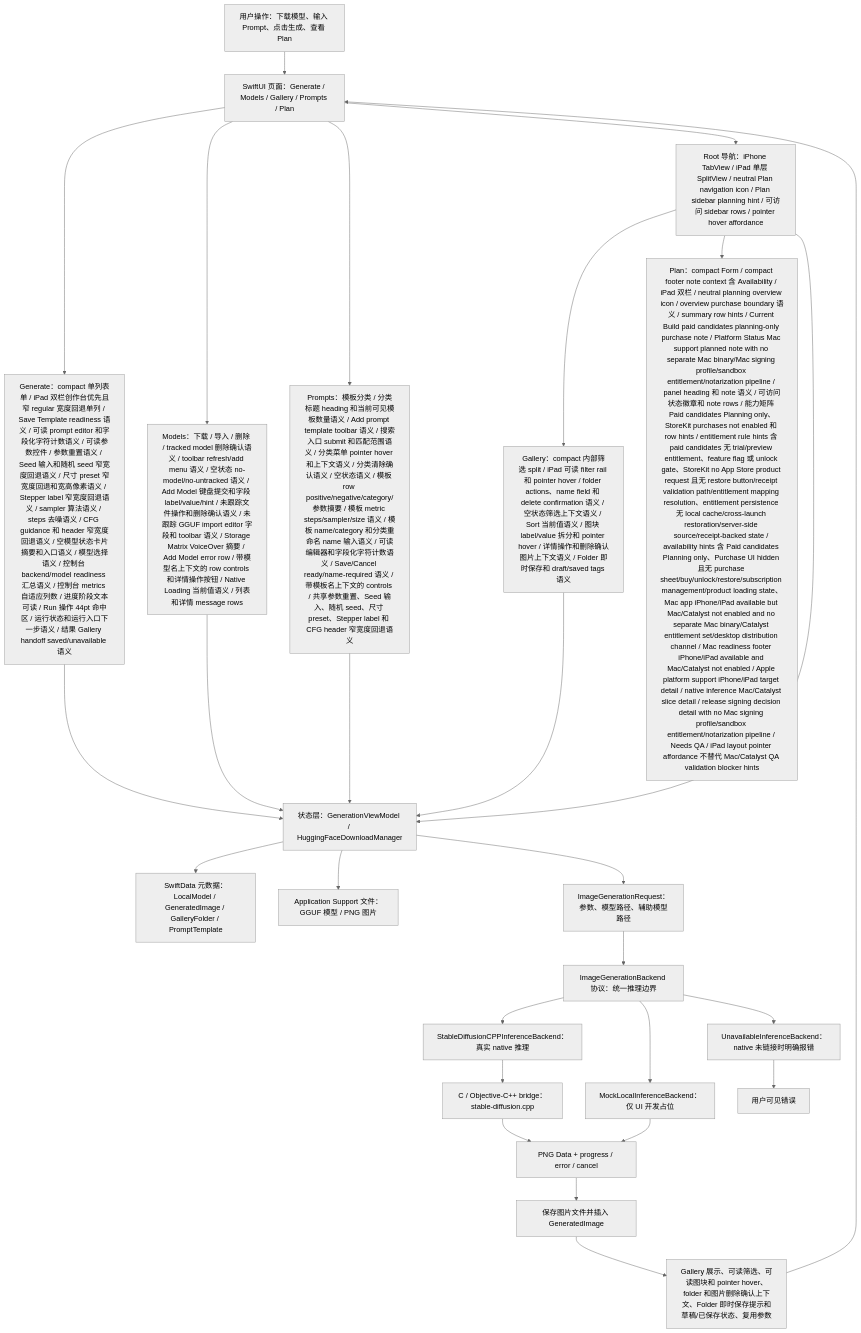
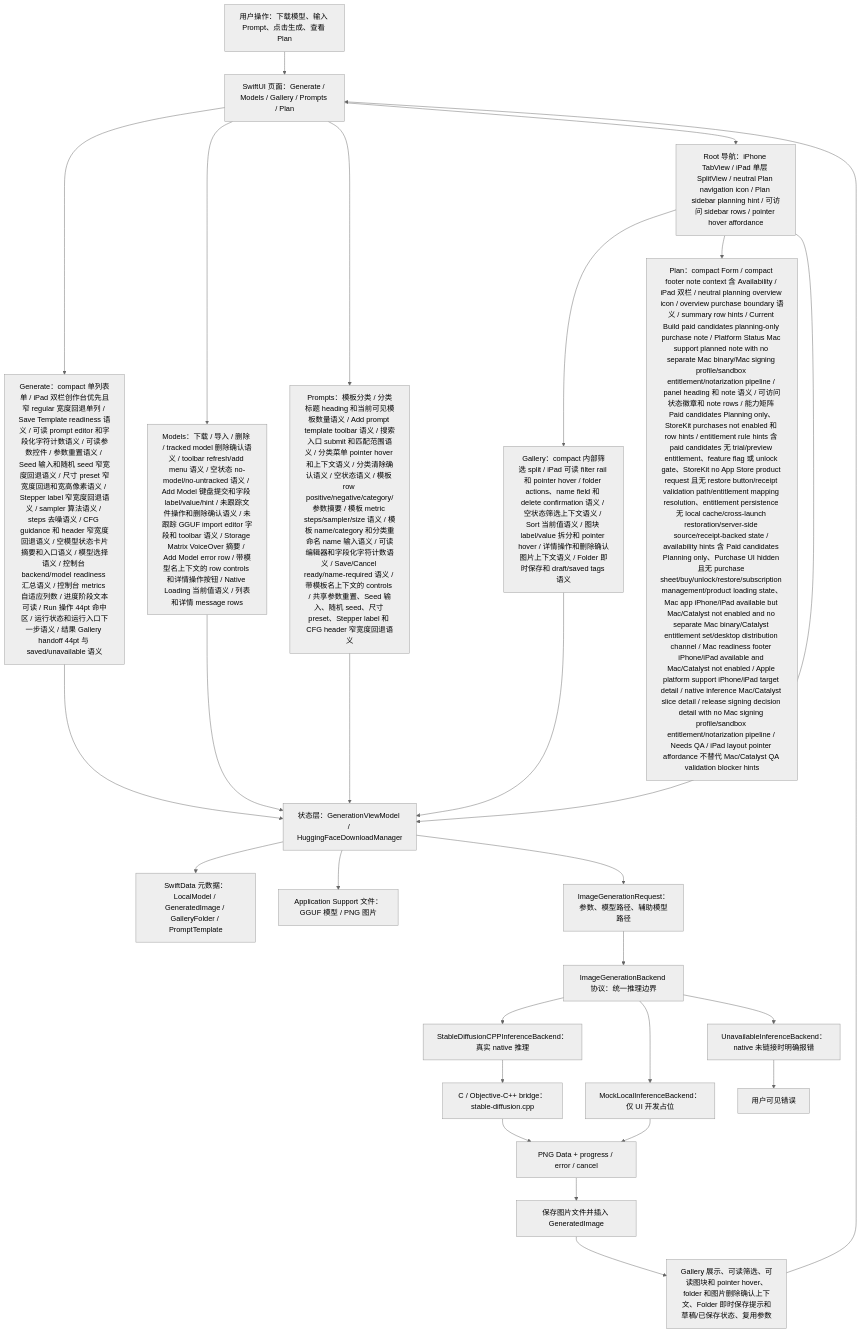
Before and after one commit to Altman-sam114/118: the first of 7 diagrams in md/flow/flowchart.md, drawn with Mermaid (neutral theme). The commit also changed 5 other files, not shown here.

````diff
--- a/md/flow/flowchart.md
+++ b/md/flow/flowchart.md
@@ -9,29 +9,29 @@
 ```mermaid
 flowchart TD
   U["用户操作：下载模型、输入 Prompt、点击生成、查看 Plan"] --> UI["SwiftUI 页面：Generate / Models / Gallery / Prompts / Plan"]
-  UI --> GENUI["Generate：compact 单列表单 / iPad 双栏创作台优先且窄 regular 宽度回退单列 / Save Template readiness 语义 / 可读 prompt editor 和字段化字符计数语义 / 可读参数控件 / 参数重置语义 / Seed 输入和随机 seed 窄宽度回退语义 / 尺寸 preset 窄宽度回退和宽高像素语义 / Stepper label 窄宽度回退语义 / sampler 算法语义 / steps 去噪语义 / CFG guidance 和 header 窄宽度回退语义 / 空模型状态卡片摘要和入口语义 / 模型选择语义 / 控制台 backend/model readiness 汇总语义 / 控制台 metrics 自适应列数 / 进度阶段文本可读 / Run 操作 44pt 命中区 / 运行状态和运行入口下一步语义 / 结果 Gallery handoff saved/unavailable 语义"]
+  UI --> GENUI["Generate：compact 单列表单 / iPad 双栏创作台优先且窄 regular 宽度回退单列 / Save Template readiness 语义 / 可读 prompt editor 和字段化字符计数语义 / 可读参数控件 / 参数重置语义 / Seed 输入和随机 seed 窄宽度回退语义 / 尺寸 preset 窄宽度回退和宽高像素语义 / Stepper label 窄宽度回退语义 / sampler 算法语义 / steps 去噪语义 / CFG guidance 和 header 窄宽度回退语义 / 空模型状态卡片摘要和入口语义 / 模型选择语义 / 控制台 backend/model readiness 汇总语义 / 控制台 metrics 自适应列数 / 进度阶段文本可读 / Run 操作 44pt 命中区 / 运行状态和运行入口下一步语义 / 结果 Gallery handoff 44pt 与 saved/unavailable 语义"]
   UI --> MODELUI["Models：下载 / 导入 / 删除 / tracked model 删除确认语义 / toolbar refresh/add menu 语义 / 空状态 no-model/no-untracked 语义 / Add Model 键盘提交和字段 label/value/hint / 未跟踪文件操作和删除确认语义 / 未跟踪 GGUF import editor 字段和 toolbar 语义 / Storage Matrix VoiceOver 摘要 / Add Model error row / 带模型名上下文的 row controls 和详情操作按钮 / Native Loading 当前值语义 / 列表和详情 message rows"]
   UI --> PROMPTUI["Prompts：模板分类 / 分类标题 heading 和当前可见模板数量语义 / Add prompt template toolbar 语义 / 搜索入口 submit 和匹配范围语义 / 分类菜单 pointer hover 和上下文语义 / 分类清除确认语义 / 空状态语义 / 模板 row positive/negative/category/参数摘要 / 模板 metric steps/sampler/size 语义 / 模板 name/category 和分类重命名 name 输入语义 / 可读编辑器和字段化字符计数语义 / Save/Cancel ready/name-required 语义 / 带模板名上下文的 controls / 共享参数重置、Seed 输入、随机 seed、尺寸 preset、Stepper label 和 CFG header 窄宽度回退语义"]
   UI --> NAV["Root 导航：iPhone TabView / iPad 单层 SplitView / neutral Plan navigation icon / Plan sidebar planning hint / 可访问 sidebar rows / pointer hover affordance"]
   NAV --> GALUI["Gallery：compact 内部筛选 split / iPad 可读 filter rail 和 pointer hover / folder actions、name field 和 delete confirmation 语义 / 空状态筛选上下文语义 / Sort 当前值语义 / 图块 label/value 拆分和 pointer hover / 详情操作和删除确认图片上下文语义 / Folder 即时保存和 draft/saved tags 语义"]
   NAV --> PLANUI["Plan：compact Form / compact footer note context 含 Availability / iPad 双栏 / neutral planning overview icon / overview purchase boundary 语义 / summary row hints / Current Build paid candidates planning-only purchase note / Platform Status Mac support planned note with no separate Mac binary/Mac signing profile/sandbox entitlement/notarization pipeline / panel heading 和 note 语义 / 可访问状态徽章和 note rows / 能力矩阵 Paid candidates Planning only、StoreKit purchases not enabled 和 row hints / entitlement rule hints 含 paid candidates 无 trial/preview entitlement、feature flag 或 unlock gate、StoreKit no App Store product request 且无 restore button/receipt validation path/entitlement mapping resolution、entitlement persistence 无 local cache/cross-launch restoration/server-side source/receipt-backed state / availability hints 含 Paid candidates Planning only、Purchase UI hidden 且无 purchase sheet/buy/unlock/restore/subscription management/product loading state、Mac app iPhone/iPad available but Mac/Catalyst not enabled and no separate Mac binary/Catalyst entitlement set/desktop distribution channel / Mac readiness footer iPhone/iPad available and Mac/Catalyst not enabled / Apple platform support iPhone/iPad target detail / native inference Mac/Catalyst slice detail / release signing decision detail with no Mac signing profile/sandbox entitlement/notarization pipeline / Needs QA / iPad layout pointer affordance 不替代 Mac/Catalyst QA validation blocker hints"]
   NAV --> VM["状态层：GenerationViewModel / HuggingFaceDownloadManager"]
   GENUI --> VM
   MODELUI --> VM
   PROMPTUI --> VM
   GALUI --> VM
   VM --> SD["SwiftData 元数据：LocalModel / GeneratedImage / GalleryFolder / PromptTemplate"]
   VM --> FS["Application Support 文件：GGUF 模型 / PNG 图片"]
   VM --> REQ["ImageGenerationRequest：参数、模型路径、辅助模型路径"]
   REQ --> IFACE["ImageGenerationBackend 协议：统一推理边界"]
   IFACE --> NATIVE["StableDiffusionCPPInferenceBackend：真实 native 推理"]
   IFACE --> MOCK["MockLocalInferenceBackend：仅 UI 开发占位"]
   IFACE --> OFF["UnavailableInferenceBackend：native 未链接时明确报错"]
   NATIVE --> BRIDGE["C / Objective-C++ bridge：stable-diffusion.cpp"]
   BRIDGE --> PNG["PNG Data + progress / error / cancel"]
   MOCK --> PNG
   OFF --> ERR["用户可见错误"]
   PNG --> SAVE["保存图片文件并插入 GeneratedImage"]
   SAVE --> GALLERY["Gallery 展示、可读筛选、可读图块和 pointer hover、folder 和图片删除确认上下文、Folder 即时保存提示和草稿/已保存状态、复用参数"]
   GALLERY --> UI
 ```
````
